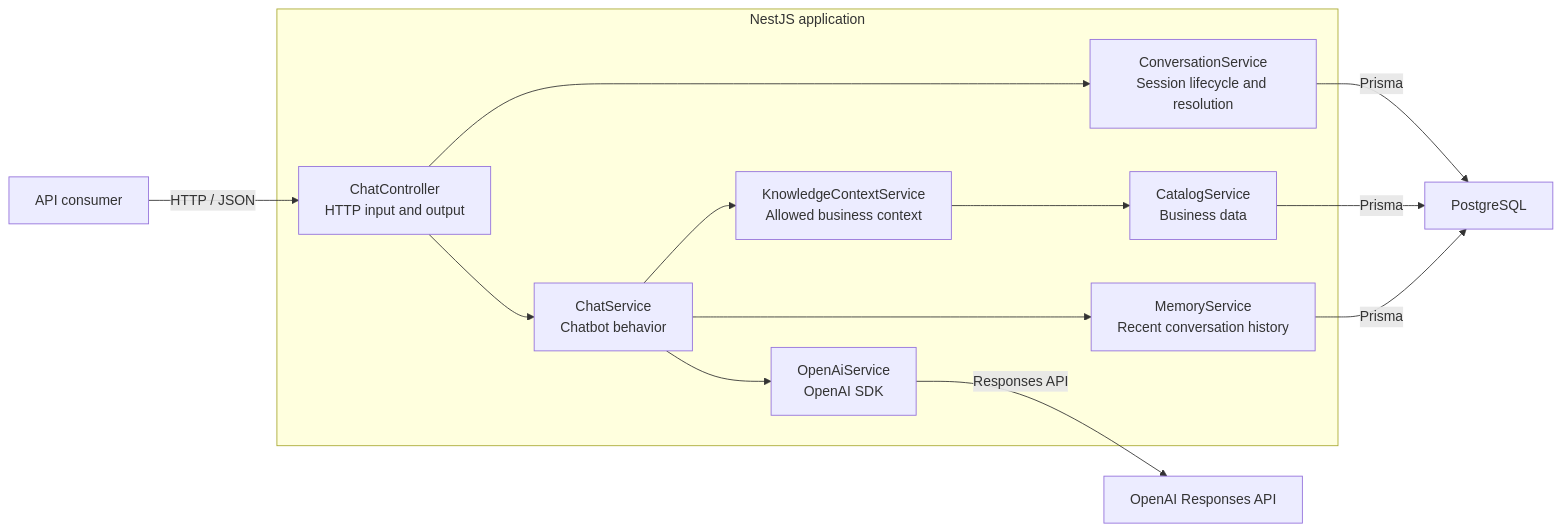
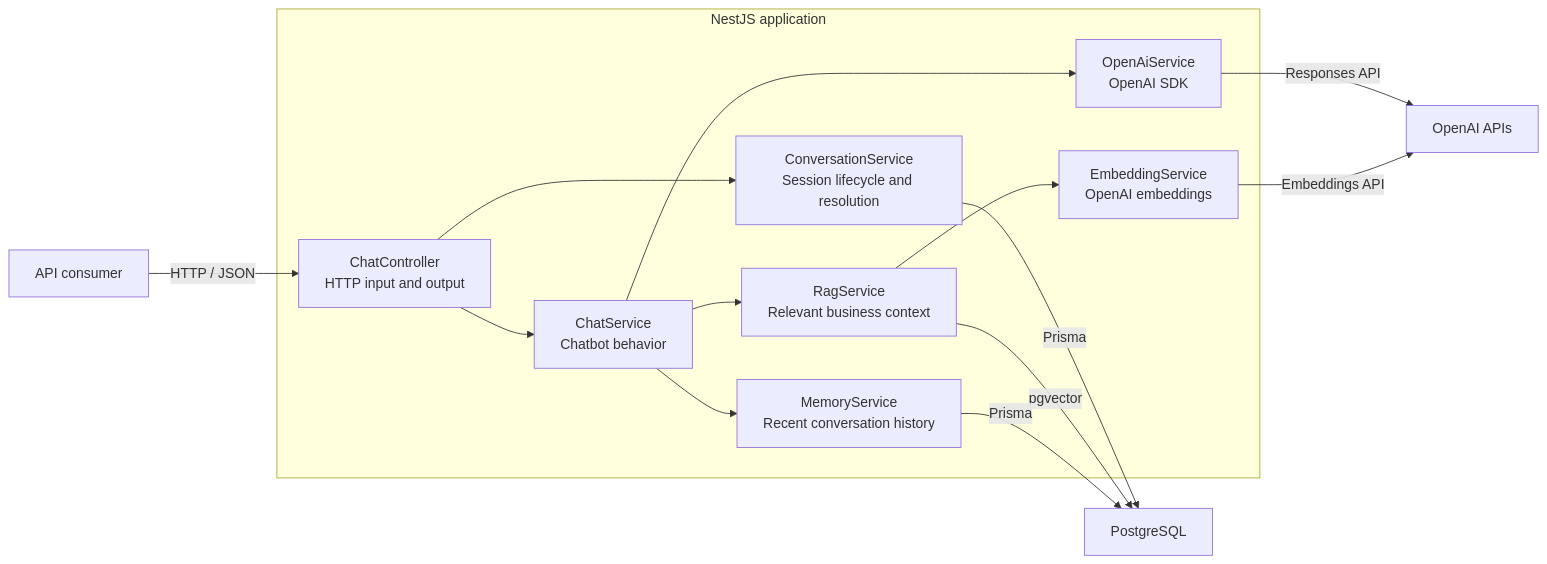
Before and after one commit to juanjosechiroque/nestjs-multichannel-ai-chatbot-engine: the diagram in ARCHITECTURE.md, drawn with Mermaid. The commit also changed other lines of this file and 23 other files, not shown here.

Commit message:
feat: add rag with pgvector retrieval and relevance filtering

````diff
--- a/ARCHITECTURE.md
+++ b/ARCHITECTURE.md
@@ -19,28 +21,29 @@
 ```mermaid
 flowchart LR
     client["API consumer"]
 
     subgraph app["NestJS application"]
         controller["ChatController<br/>HTTP input and output"]
         conversation["ConversationService<br/>Session lifecycle and resolution"]
         chat["ChatService<br/>Chatbot behavior"]
-        knowledge["KnowledgeContextService<br/>Allowed business context"]
-        catalog["CatalogService<br/>Business data"]
+        rag["RagService<br/>Relevant business context"]
+        embedding["EmbeddingService<br/>OpenAI embeddings"]
         memory["MemoryService<br/>Recent conversation history"]
         provider["OpenAiService<br/>OpenAI SDK"]
 
         controller --> conversation
         controller --> chat --> provider
-        chat --> knowledge --> catalog
+        chat --> rag --> embedding
         chat --> memory
     end
 
-    openai["OpenAI Responses API"]
+    openai["OpenAI APIs"]
     postgres["PostgreSQL"]
 
     client -->|"HTTP / JSON"| controller
     provider -->|"Responses API"| openai
+    embedding -->|"Embeddings API"| openai
     conversation -->|"Prisma"| postgres
-    catalog -->|"Prisma"| postgres
+    rag -->|"pgvector"| postgres
     memory -->|"Prisma"| postgres
 ```
````
